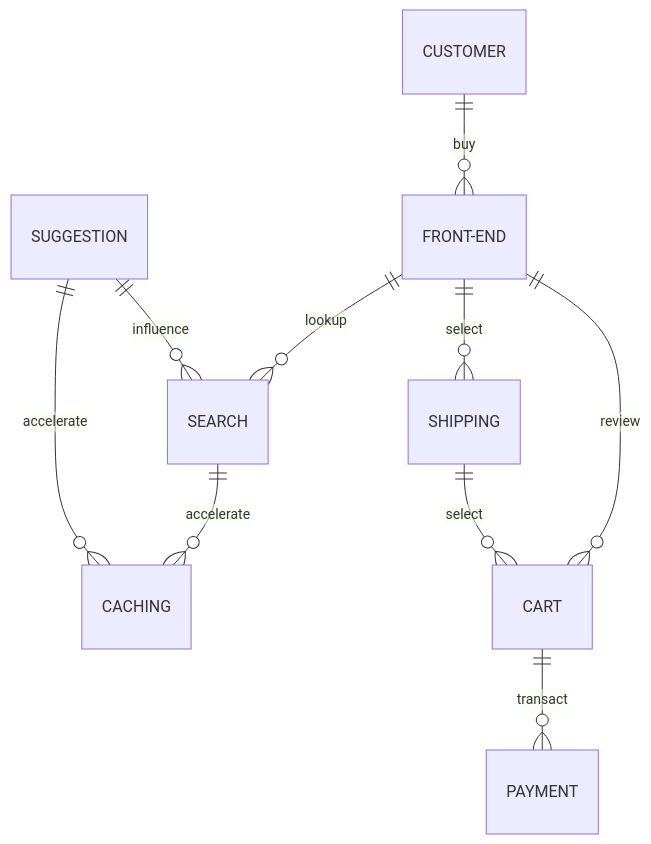
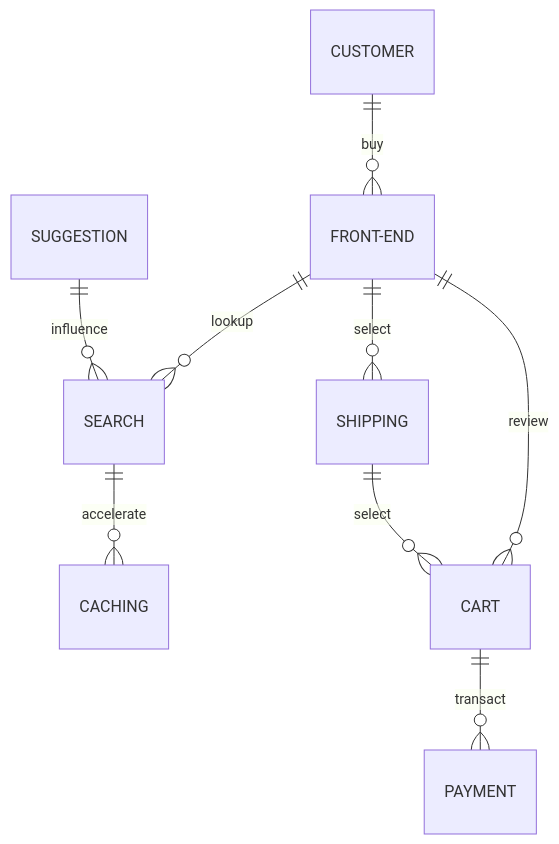
Before and after one commit to beezy-cloud/project-pancake: the second of 2 diagrams in docs/concepts.md, drawn with Mermaid.

````diff
--- a/docs/concepts.md
+++ b/docs/concepts.md
@@ -62,12 +62,11 @@
 ```mermaid
    erDiagram
    CUSTOMER ||--o{ FRONT-END : buy
    FRONT-END ||--o{ SEARCH : lookup
    SUGGESTION ||--o{ SEARCH : influence
    SEARCH ||--o{ CACHING : accelerate
-   SUGGESTION ||--o{ CACHING : accelerate
    FRONT-END ||--o{ CART : review
    FRONT-END ||--o{ SHIPPING : select
    SHIPPING ||--o{ CART : select
    CART ||--o{ PAYMENT : transact
 ```
````
